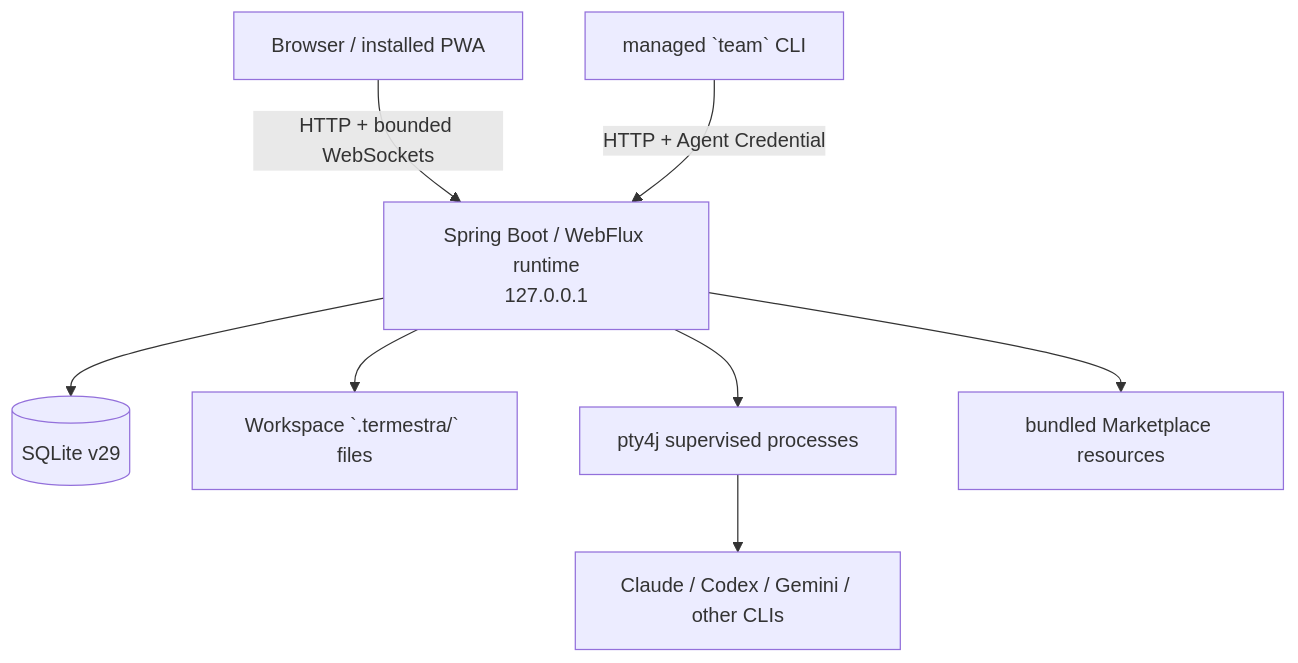
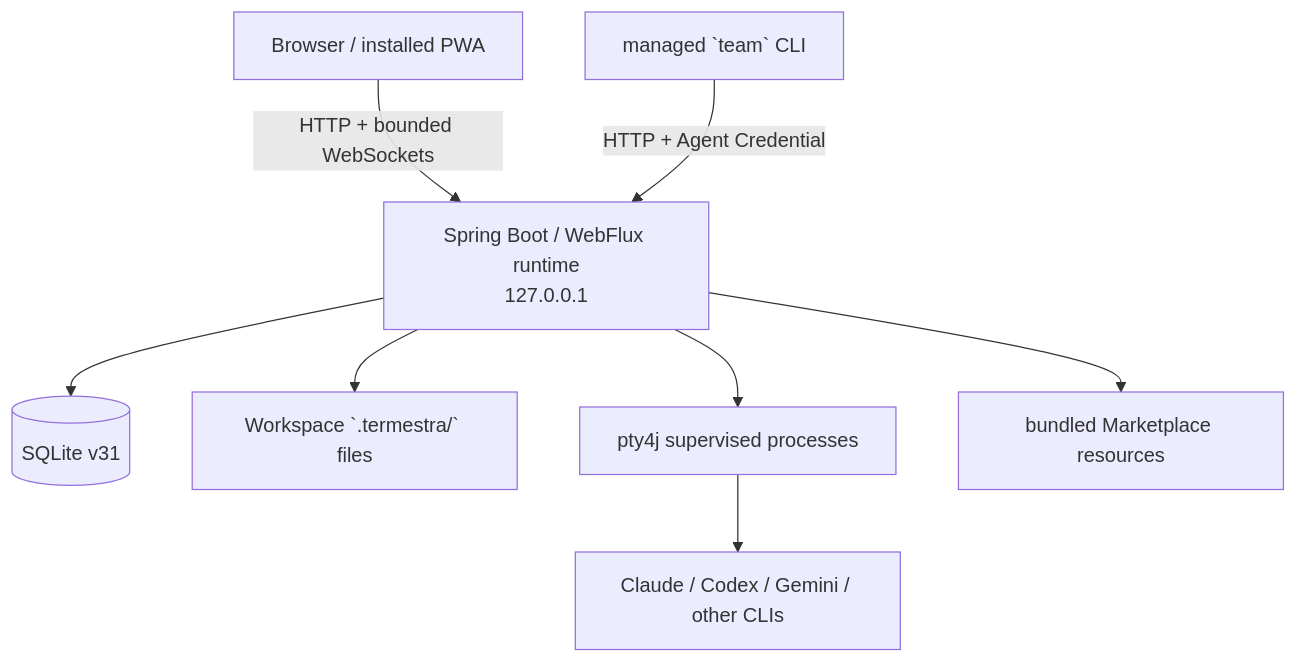
Before and after one commit to sunsunsun-java/termestra: the first of 2 diagrams in docs/architecture/overview.md, drawn with Mermaid. The commit also changed other lines of this file and 81 other files, not shown here.

````diff
--- a/docs/architecture/overview.md
+++ b/docs/architecture/overview.md
@@ -12,19 +12,19 @@
 ```mermaid
 flowchart TB
     Browser["Browser / installed PWA"]
     CLI["managed `team` CLI"]
     Runtime["Spring Boot / WebFlux runtime\n127.0.0.1"]
-    SQLite[("SQLite v29")]
+    SQLite[("SQLite v31")]
     Files["Workspace `.termestra/` files"]
     PTY["pty4j supervised processes"]
     Providers["Claude / Codex / Gemini / other CLIs"]
     Bundle["bundled Marketplace resources"]
 
     Browser -->|"HTTP + bounded WebSockets"| Runtime
     CLI -->|"HTTP + Agent Credential"| Runtime
     Runtime --> SQLite
     Runtime --> Files
     Runtime --> PTY
     PTY --> Providers
     Runtime --> Bundle
 ```
````
